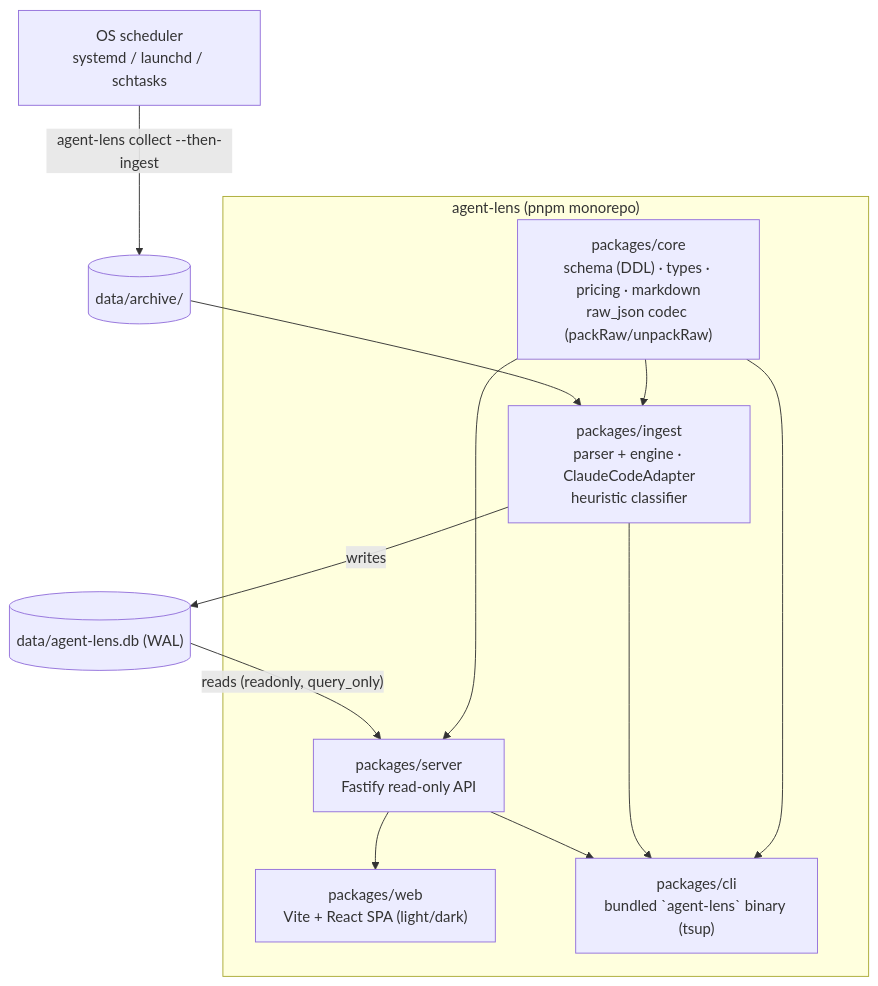
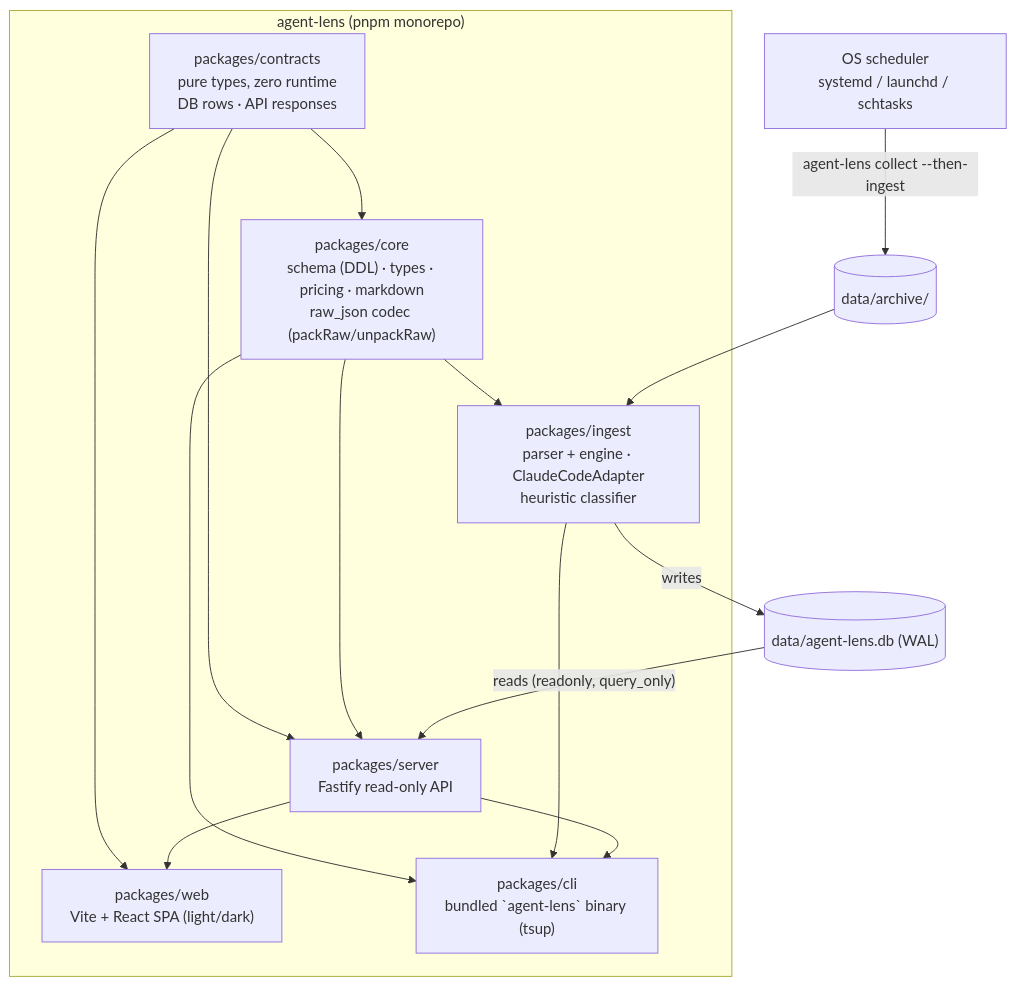
Before and after one commit to SWEStash/agent-lens: the second of 4 diagrams in docs/ARCHITECTURE.md, drawn with Mermaid. The commit also changed other lines of this file and 22 other files, not shown here.

First line of the commit message:
refactor: API response contracts in the shared package + typed server query boundary (slop audit phase 6) (#25)

````diff
--- a/docs/ARCHITECTURE.md
+++ b/docs/ARCHITECTURE.md
@@ -29,24 +29,28 @@
 ```mermaid
 flowchart TB
   subgraph repo["agent-lens (pnpm monorepo)"]
+    CONTRACTS["packages/contracts<br/>pure types, zero runtime<br/>DB rows · API responses"]
     CORE["packages/core<br/>schema (DDL) · types · pricing · markdown<br/>raw_json codec (packRaw/unpackRaw)"]
     INGEST["packages/ingest<br/>parser + engine · ClaudeCodeAdapter<br/>heuristic classifier"]
     SERVER["packages/server<br/>Fastify read-only API"]
     WEB["packages/web<br/>Vite + React SPA (light/dark)"]
     CLI["packages/cli<br/>bundled `agent-lens` binary (tsup)"]
   end
   ARCHIVE[("data/archive/")]
   DB[("data/agent-lens.db (WAL)")]
   SCHED["OS scheduler<br/>systemd / launchd / schtasks"]
 
+  CONTRACTS --> CORE
+  CONTRACTS --> SERVER
+  CONTRACTS --> WEB
   CORE --> INGEST
   CORE --> SERVER
   CORE --> CLI
   INGEST --> CLI
   SERVER --> CLI
   SCHED -->|"agent-lens collect --then-ingest"| ARCHIVE
   ARCHIVE --> INGEST
   INGEST -->|"writes"| DB
   DB -->|"reads (readonly, query_only)"| SERVER
   SERVER --> WEB
 ```
````
